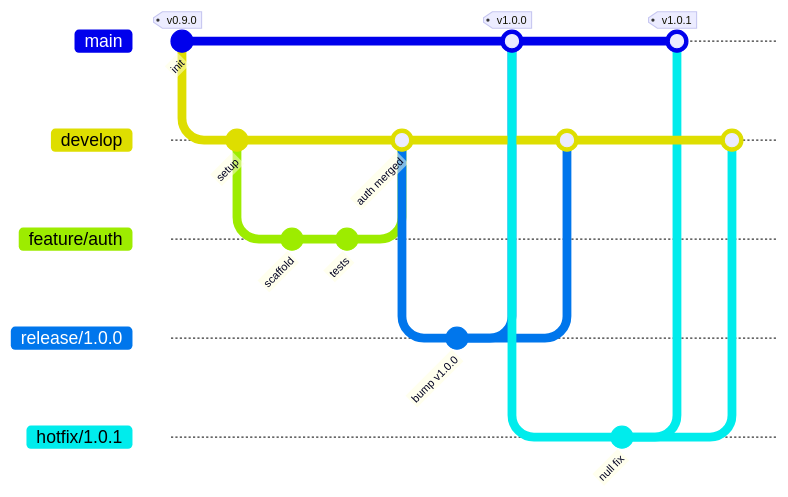
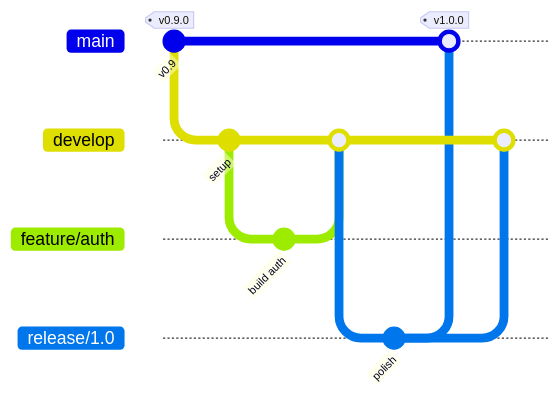
One commit to vsindevops/syssignals changed the third of 5 diagrams in content/devops/30-days-devops/day-01-git-branching-strategies.md. Above: the diagram before and after it, drawn with Mermaid. The commit also changed other lines of this file, not shown here.

````diff
--- a/content/devops/30-days-devops/day-01-git-branching-strategies.md
+++ b/content/devops/30-days-devops/day-01-git-branching-strategies.md
@@ -71,29 +579,20 @@
 ```mermaid
 %%{init: {'gitGraph': {'rotateCommitLabel': true}}}%%
 gitGraph
-   commit id: "init" tag: "v0.9.0"
+   commit id: "v0.9" tag: "v0.9.0"
    branch develop
    checkout develop
    commit id: "setup"
    branch feature/auth
    checkout feature/auth
-   commit id: "scaffold"
-   commit id: "tests"
+   commit id: "build auth"
    checkout develop
-   merge feature/auth id: "auth merged"
-   branch release/1.0.0
-   checkout release/1.0.0
-   commit id: "bump v1.0.0"
+   merge feature/auth
+   branch release/1.0
+   checkout release/1.0
+   commit id: "polish"
    checkout main
-   merge release/1.0.0 tag: "v1.0.0"
+   merge release/1.0 tag: "v1.0.0"
    checkout develop
-   merge release/1.0.0
-   checkout main
-   branch hotfix/1.0.1
-   checkout hotfix/1.0.1
-   commit id: "null fix"
-   checkout main
-   merge hotfix/1.0.1 tag: "v1.0.1"
-   checkout develop
-   merge hotfix/1.0.1
+   merge release/1.0
 ```
````
